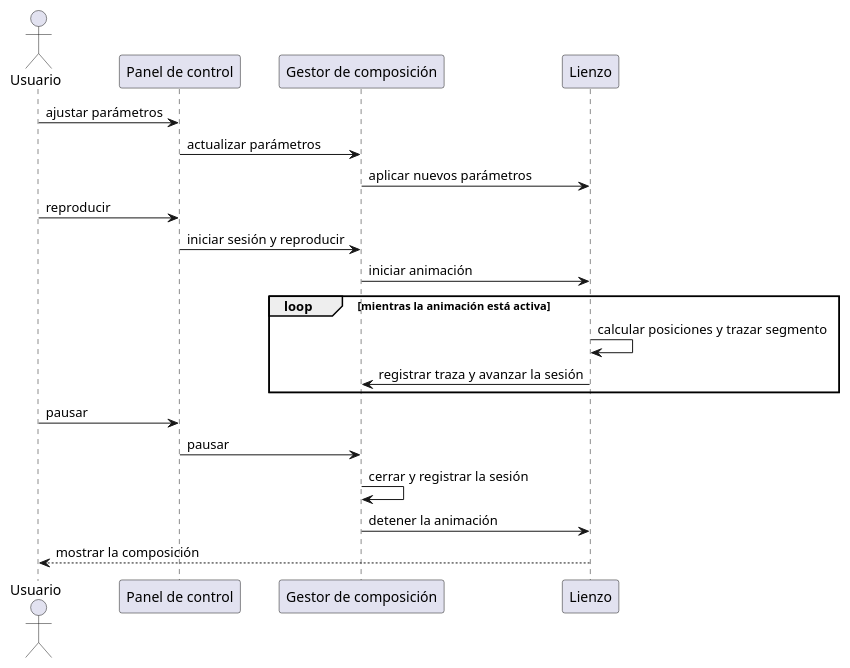
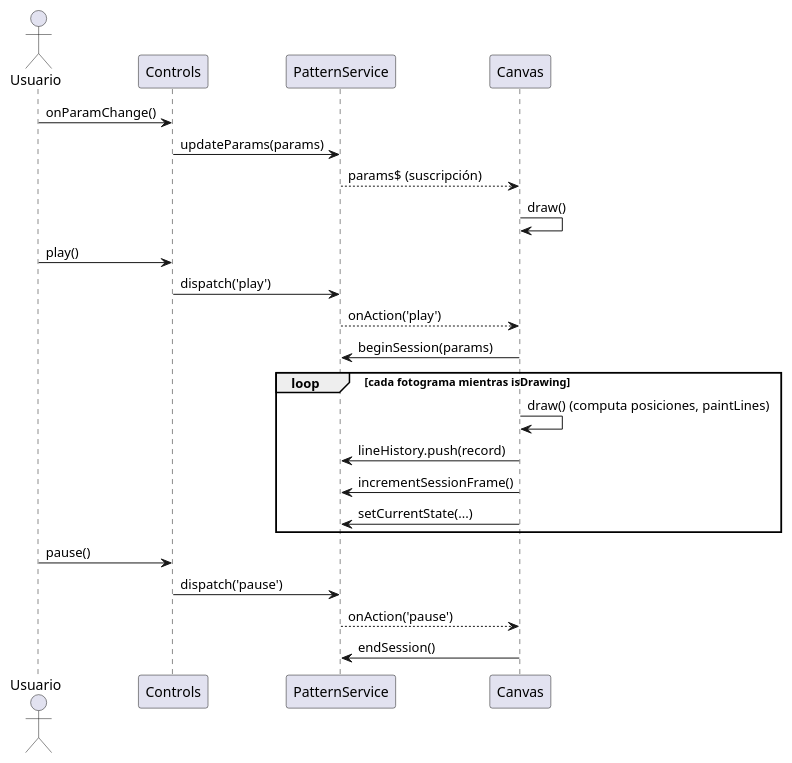
One commit to IgnacioMol/Epicycloid_generator changed the first of 5 diagrams in claude/memoria-cap5-diseno.md. Above: the diagram before and after it, drawn with PlantUML. The commit also changed other lines of this file and 1 other file, not shown here.

````diff
--- a/claude/memoria-cap5-diseno.md
+++ b/claude/memoria-cap5-diseno.md
@@ -112,27 +112,30 @@
 ```plantuml
 @startuml SecGenerarReproducir
 actor Usuario
-participant "Panel de control" as PC
-participant "Gestor de composición" as GC
-participant "Lienzo" as L
+participant "Controls" as C
+participant "PatternService" as PS
+participant "Canvas" as CV
 
-Usuario -> PC : ajustar parámetros
-PC -> GC : actualizar parámetros
-GC -> L : aplicar nuevos parámetros
+Usuario -> C : onParamChange()
+C -> PS : updateParams(params)
+PS --> CV : params$ (suscripción)
+CV -> CV : draw()
 
-Usuario -> PC : reproducir
-PC -> GC : iniciar sesión y reproducir
-GC -> L : iniciar animación
+Usuario -> C : play()
+C -> PS : dispatch('play')
+PS --> CV : onAction('play')
+CV -> PS : beginSession(params)
 
-loop mientras la animación está activa
-  L -> L : calcular posiciones y trazar segmento
-  L -> GC : registrar traza y avanzar la sesión
+loop cada fotograma mientras isDrawing
+  CV -> CV : draw() (computa posiciones, paintLines)
+  CV -> PS : lineHistory.push(record)
+  CV -> PS : incrementSessionFrame()
+  CV -> PS : setCurrentState(...)
 end
 
-Usuario -> PC : pausar
-PC -> GC : pausar
-GC -> GC : cerrar y registrar la sesión
-GC -> L : detener la animación
-L --> Usuario : mostrar la composición
+Usuario -> C : pause()
+C -> PS : dispatch('pause')
+PS --> CV : onAction('pause')
+CV -> PS : endSession()
 @enduml
 ```
````
